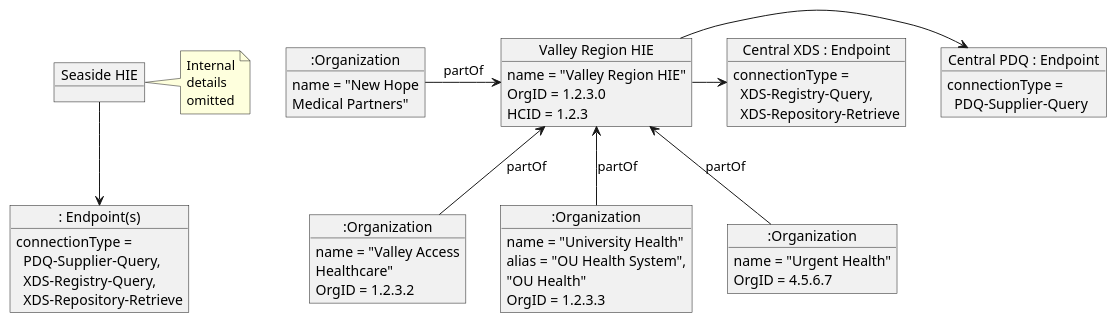
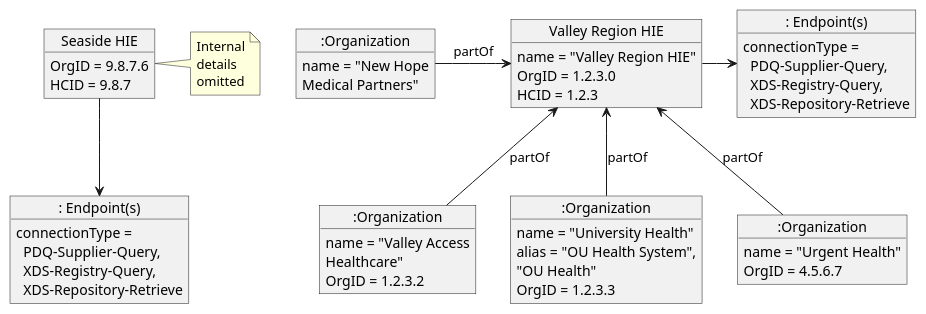
The diagram in images-source/access-intra-central-partOf.plantuml (IHE/ITI.Topologies), drawn with PlantUML before and after one commit.

Commit message:
Added HCID to Seaside

```diff
--- a/images-source/access-intra-central-partOf.plantuml
+++ b/images-source/access-intra-central-partOf.plantuml
@@ -1,46 +1,43 @@
 @startuml
 hide footbox
 allowmixing
 
 object ":Organization" as Partners
 Partners : name = "New Hope\nMedical Partners"
 
 object "Seaside HIE" as hie2
+hie2 : OrgID = 9.8.7.6
+hie2 : HCID = 9.8.7
 object ": Endpoint(s)" as sEndpoints
 sEndpoints : connectionType = \n  PDQ-Supplier-Query,\n  XDS-Registry-Query,\n  XDS-Repository-Retrieve
 hie2 --> sEndpoints
 note right of hie2 : Internal\ndetails\nomitted
 
 object "Valley Region HIE" as hie
 hie : name = "Valley Region HIE"
 hie : OrgID = 1.2.3.0
 hie : HCID = 1.2.3
 
 object ":Organization" as Valley
 Valley : name = "Valley Access\nHealthcare"
 Valley : OrgID = 1.2.3.2
 
 object ":Organization" as OU
 OU : name = "University Health"
 OU : alias = "OU Health System",\n"OU Health"
 OU : OrgID = 1.2.3.3
 
 object ":Organization" as Urgent
 Urgent : name = "Urgent Health"
 Urgent : OrgID = 4.5.6.7
 
-object "Central PDQ : Endpoint" as vEndpoints
-vEndpoints : connectionType = \n  PDQ-Supplier-Query
-
-object "Central XDS : Endpoint" as ouEndpoints
-ouEndpoints : connectionType = \n  XDS-Registry-Query,\n  XDS-Repository-Retrieve
+object ": Endpoint(s)" as vEndpoints
+vEndpoints : connectionType = \n  PDQ-Supplier-Query,\n  XDS-Registry-Query,\n  XDS-Repository-Retrieve
+hie -> vEndpoints
 
 hie <-- Valley : partOf
 hie <-- OU : partOf
 hie <-- Urgent : partOf
 Partners -> hie : partOf
 
-hie -> vEndpoints
-hie -> ouEndpoints
-
 @enduml
```
